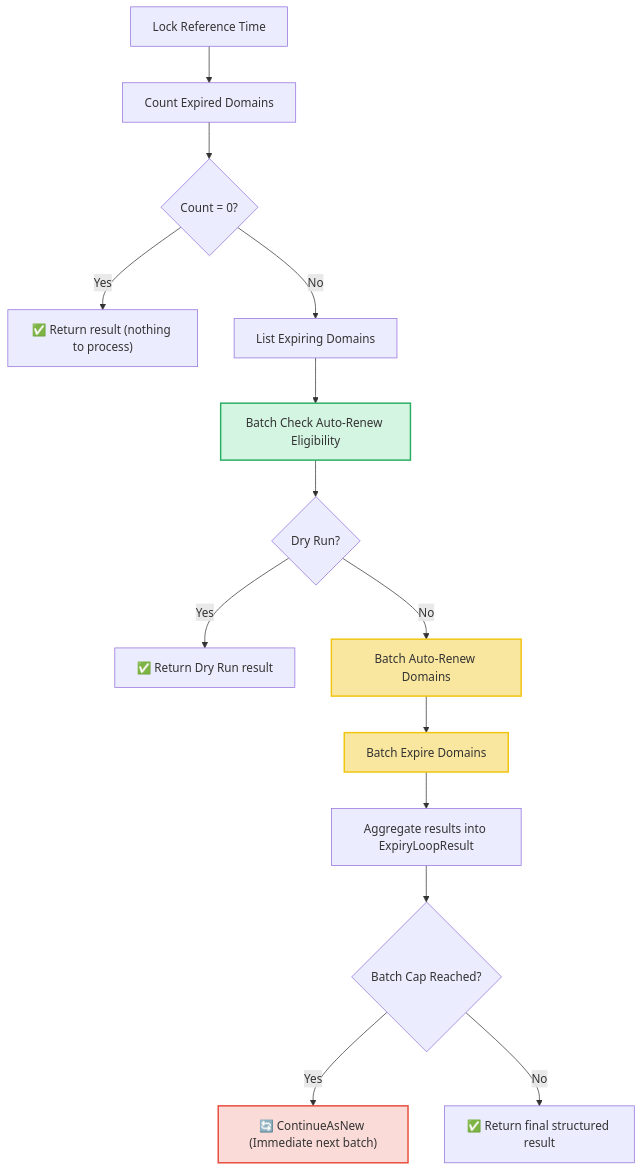
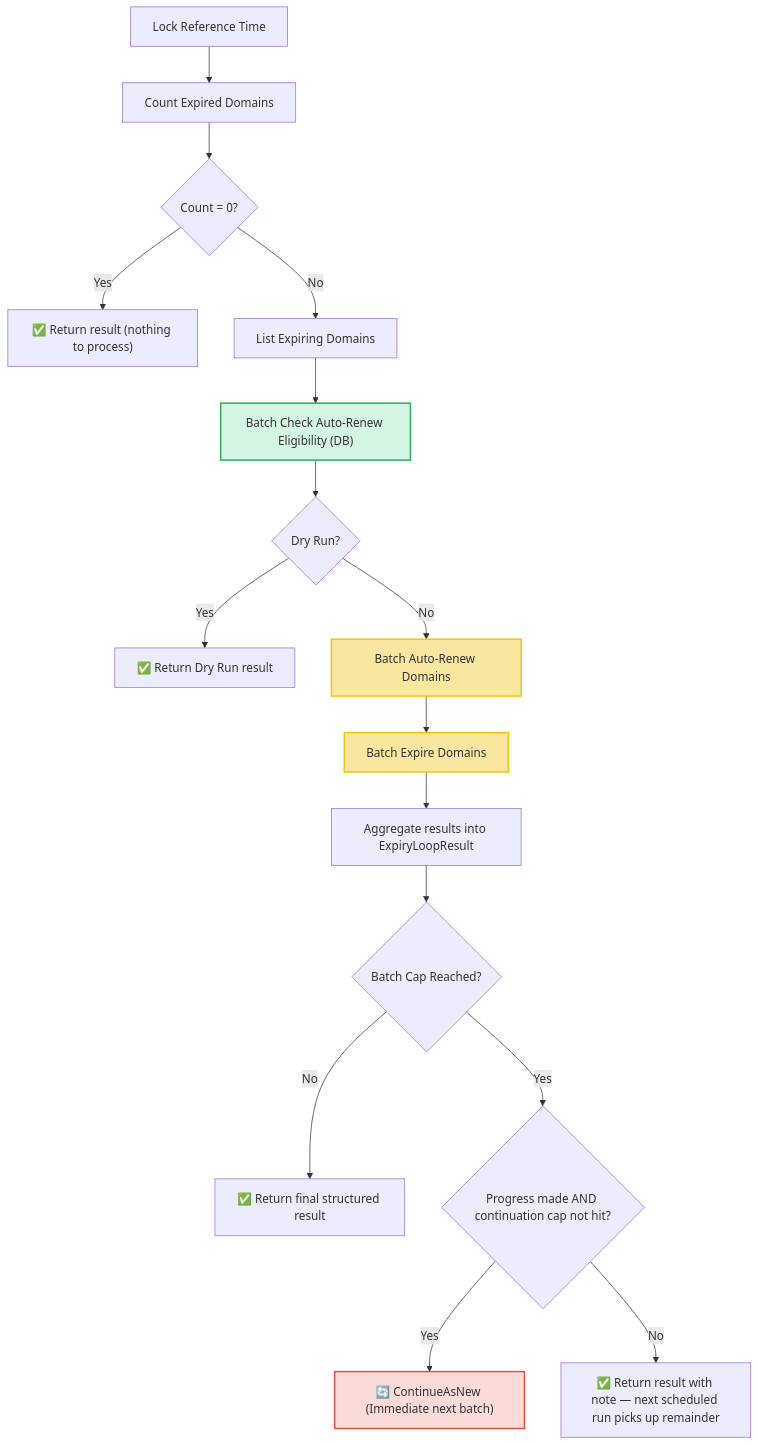
One commit to onasunnymorning/domain-os changed the diagram in internal/application/workflows/expiryLoop.doc.md. Above: the diagram before and after it, drawn with Mermaid. The commit also changed other lines of this file and 36 other files, not shown here.

````diff
--- a/internal/application/workflows/expiryLoop.doc.md
+++ b/internal/application/workflows/expiryLoop.doc.md
@@ -19,21 +23,23 @@
 ```mermaid
 graph TD
     A["Lock Reference Time"] --> B["Count Expired Domains"]
     B --> C{"Count = 0?"}
     C -- Yes --> DONE1["✅ Return result (nothing to process)"]
     C -- No --> D["List Expiring Domains"]
-    D --> E["Batch Check Auto-Renew Eligibility"]
+    D --> E["Batch Check Auto-Renew Eligibility (DB)"]
     E --> F{"Dry Run?"}
     F -- Yes --> DONE2["✅ Return Dry Run result"]
     F -- No --> G["Batch Auto-Renew Domains"]
     G --> H["Batch Expire Domains"]
     H --> J["Aggregate results into ExpiryLoopResult"]
     J --> K{"Batch Cap Reached?"}
-    K -- Yes --> L["🔄 ContinueAsNew (Immediate next batch)"]
     K -- No --> DONE3["✅ Return final structured result"]
+    K -- Yes --> M{"Progress made AND continuation cap not hit?"}
+    M -- Yes --> L["🔄 ContinueAsNew (Immediate next batch)"]
+    M -- No --> DONE4["✅ Return result with note — next scheduled run picks up remainder"]
 
     style E fill:#d5f5e3,stroke:#27ae60,stroke-width:2px
     style G fill:#f9e79f,stroke:#f1c40f,stroke-width:2px
     style H fill:#f9e79f,stroke:#f1c40f,stroke-width:2px
     style L fill:#fadbd8,stroke:#e74c3c,stroke-width:2px
 ```
````
